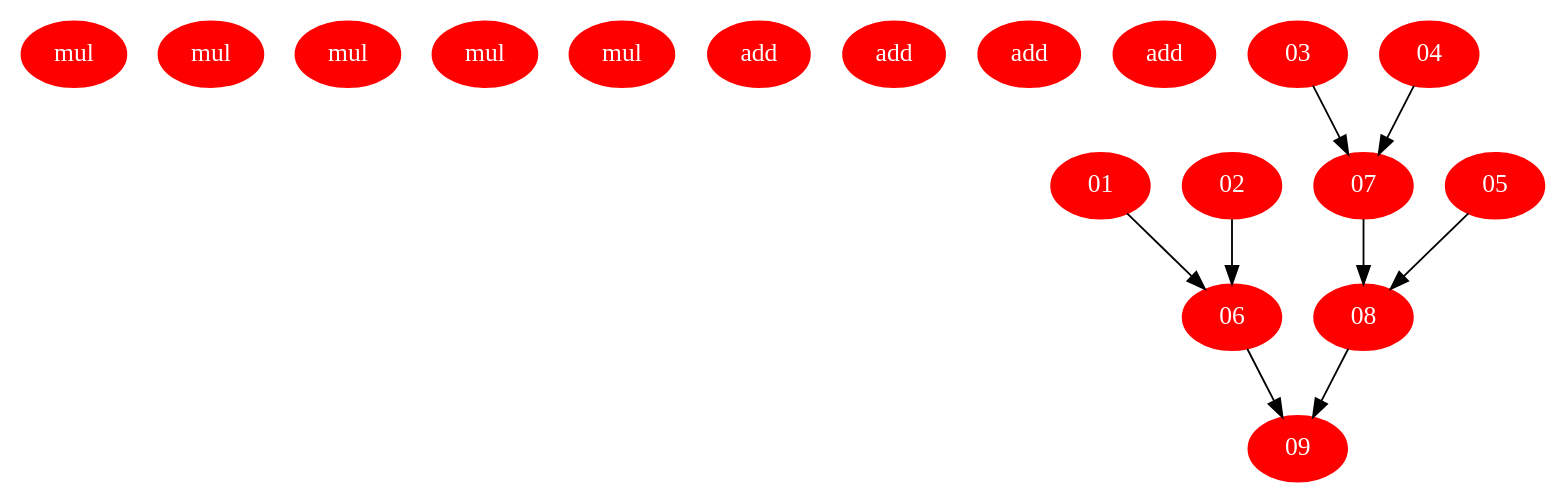
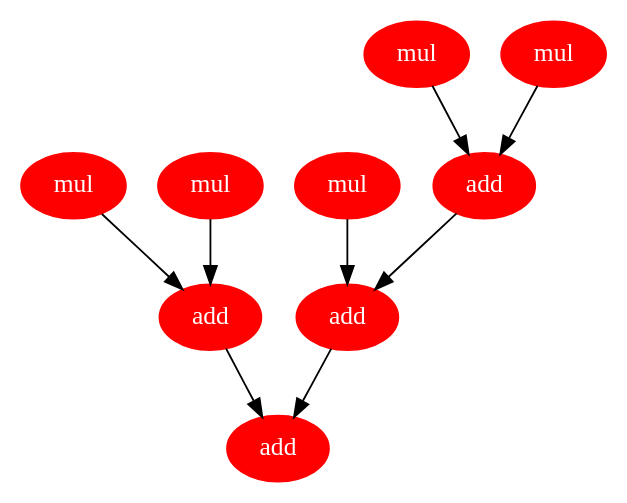
The diagram in benchmark/iir2.dot (zephyr2k/project_nitd_clock), drawn with Graphviz before and after one commit. The commit also changed 5 other files, not shown here.

```diff
--- a/benchmark/iir2.dot
+++ b/benchmark/iir2.dot
@@ -1,20 +1,20 @@
 digraph iir {
     node [fontcolor=white,style=filled,color="160,60,176"];
-    1 [label = mul];
-    2 [label = mul];
-    3 [label = mul];
-    4 [label = mul];
-    5 [label = mul];
-    6 [label = add];
-    7 [label = add];
-    8 [label = add];
-    9 [label = add];
+    01 [label = mul];
+    02 [label = mul];
+    03 [label = mul];
+    04 [label = mul];
+    05 [label = mul];
+    06 [label = add];
+    07 [label = add];
+    08 [label = add];
+    09 [label = add];
     01 ->  06 [name=16];
     02 ->  06 [name=14];
     03 ->  07 [name=20];
     04 ->  07 [name=24];
     07 ->  08 [name=19];
     08 ->  09 [name=25];
     05 ->  08 [name=17];
     06 ->  09 [name=22];
 }
```
